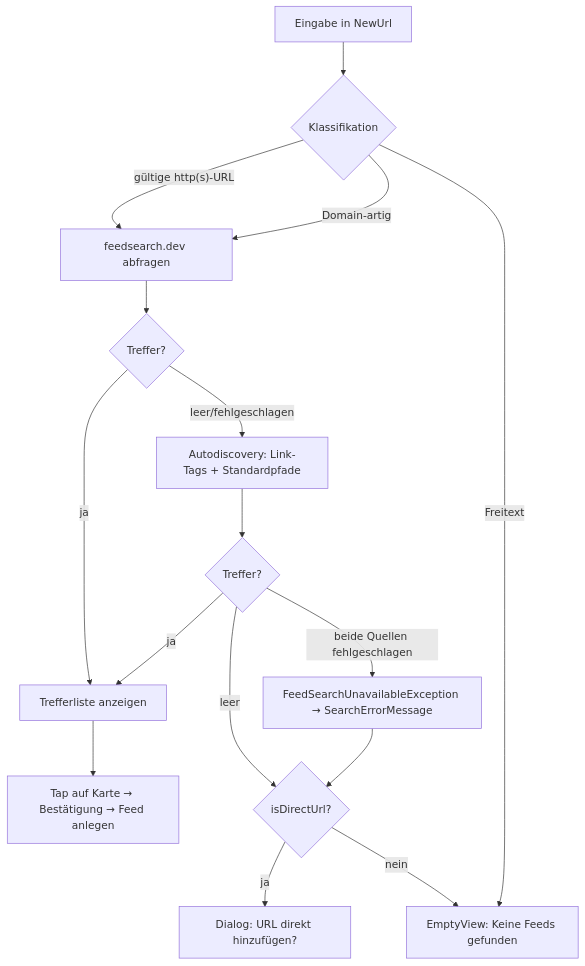
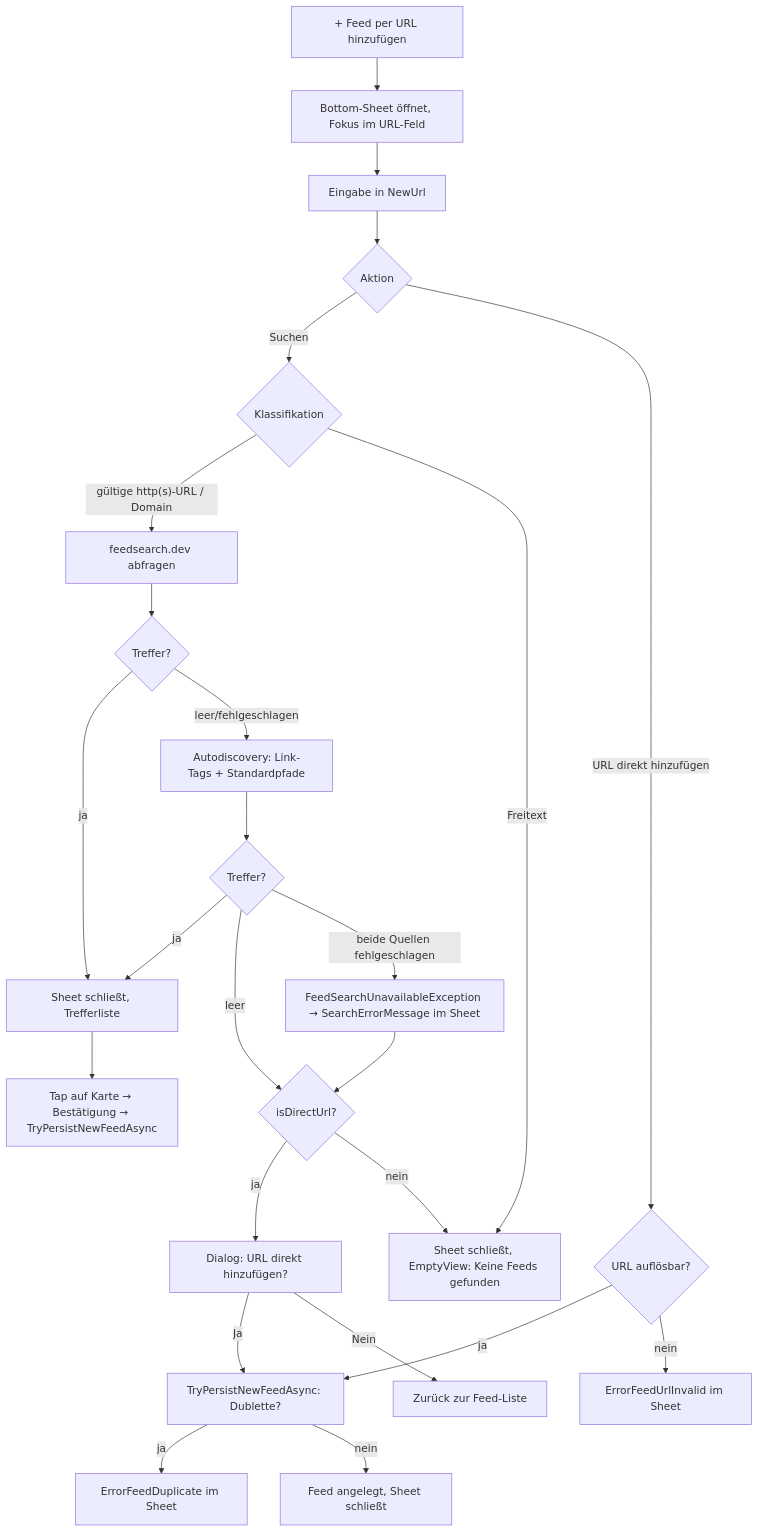
Before and after one commit to martin-stromberg/Reporter: the diagram in docs/help/anwendung/feed-suche-technisch.md, drawn with Mermaid. The commit also changed other lines of this file and 72 other files, not shown here.

First line of the commit message:
feat: Hinzufügen-Formular als Bottom-Sheet hinter +-Button, Umbenennen- und Kategorie-Dialoge im Feed-Kontextmenü

````diff
--- a/docs/help/anwendung/feed-suche-technisch.md
+++ b/docs/help/anwendung/feed-suche-technisch.md
@@ -62,18 +97,27 @@
 ```mermaid
 flowchart TD
-    A[Eingabe in NewUrl] --> B{Klassifikation}
-    B -- "gültige http(s)-URL" --> C[feedsearch.dev abfragen]
-    B -- "Domain-artig" --> C
-    B -- "Freitext" --> E[EmptyView: Keine Feeds gefunden]
-    C --> D{Treffer?}
-    D -- "ja" --> F[Trefferliste anzeigen]
-    D -- "leer/fehlgeschlagen" --> G[Autodiscovery: Link-Tags + Standardpfade]
-    G --> H{Treffer?}
-    H -- "ja" --> F
-    H -- "leer" --> I{isDirectUrl?}
-    H -- "beide Quellen fehlgeschlagen" --> J[FeedSearchUnavailableException → SearchErrorMessage]
-    I -- "ja" --> K[Dialog: URL direkt hinzufügen?]
-    I -- "nein" --> E
-    J --> I
-    F --> L[Tap auf Karte → Bestätigung → Feed anlegen]
+    A["+ Feed per URL hinzufügen"] --> B[Bottom-Sheet öffnet, Fokus im URL-Feld]
+    B --> C[Eingabe in NewUrl]
+    C --> D{Aktion}
+    D -- "Suchen" --> E{Klassifikation}
+    D -- "URL direkt hinzufügen" --> P{URL auflösbar?}
+    P -- "ja" --> Q[TryPersistNewFeedAsync: Dublette?]
+    P -- "nein" --> R[ErrorFeedUrlInvalid im Sheet]
+    Q -- "ja" --> R2[ErrorFeedDuplicate im Sheet]
+    Q -- "nein" --> S[Feed angelegt, Sheet schließt]
+    E -- "gültige http(s)-URL / Domain" --> F[feedsearch.dev abfragen]
+    E -- "Freitext" --> G[Sheet schließt, EmptyView: Keine Feeds gefunden]
+    F --> H{Treffer?}
+    H -- "ja" --> I[Sheet schließt, Trefferliste]
+    H -- "leer/fehlgeschlagen" --> J[Autodiscovery: Link-Tags + Standardpfade]
+    J --> K{Treffer?}
+    K -- "ja" --> I
+    K -- "leer" --> L{isDirectUrl?}
+    K -- "beide Quellen fehlgeschlagen" --> M[FeedSearchUnavailableException → SearchErrorMessage im Sheet]
+    L -- "ja" --> N[Dialog: URL direkt hinzufügen?]
+    L -- "nein" --> G
+    M --> L
+    N -- "Ja" --> Q
+    N -- "Nein" --> O[Zurück zur Feed-Liste]
+    I --> T[Tap auf Karte → Bestätigung → TryPersistNewFeedAsync]
 ```
````
